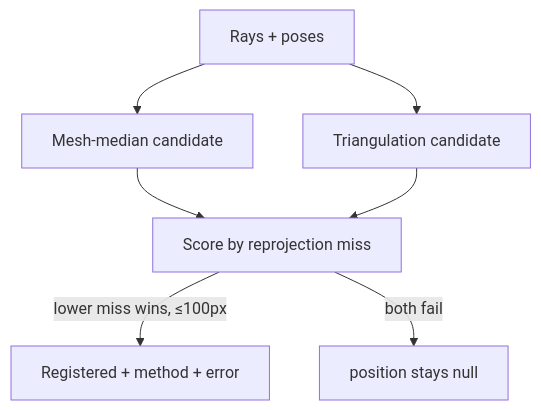
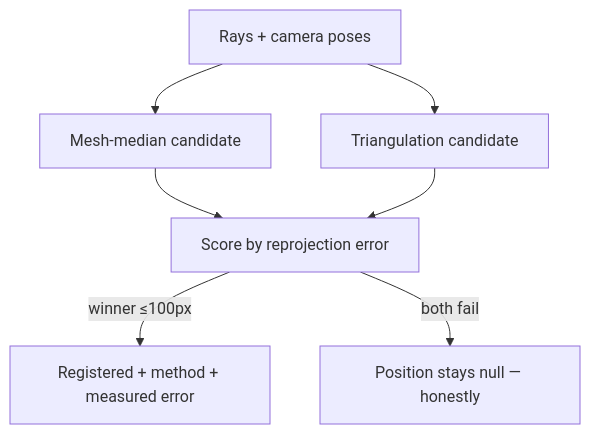
One commit to the-first-elder/Pixa changed the second of 2 diagrams in README.md. Above: the diagram before and after it, drawn with Mermaid. The commit also changed other lines of this file and 17 other files, not shown here.

````diff
--- a/README.md
+++ b/README.md
@@ -121,9 +91,9 @@
 ```mermaid
 flowchart TD
-    R[Rays + poses] --> M[Mesh-median candidate]
+    R[Rays + camera poses] --> M[Mesh-median candidate]
     R --> T[Triangulation candidate]
-    M --> S[Score by reprojection miss]
+    M --> S[Score by reprojection error]
     T --> S
-    S -->|lower miss wins, ≤100px| P[Registered + method + error]
-    S -->|both fail| U[position stays null]
+    S -->|winner ≤100px| P[Registered + method + measured error]
+    S -->|both fail| U[Position stays null — honestly]
 ```
````
